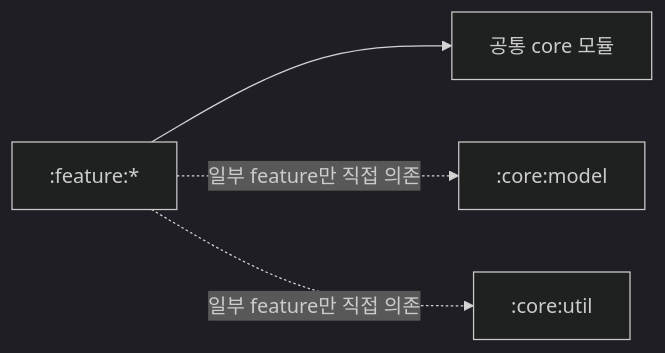
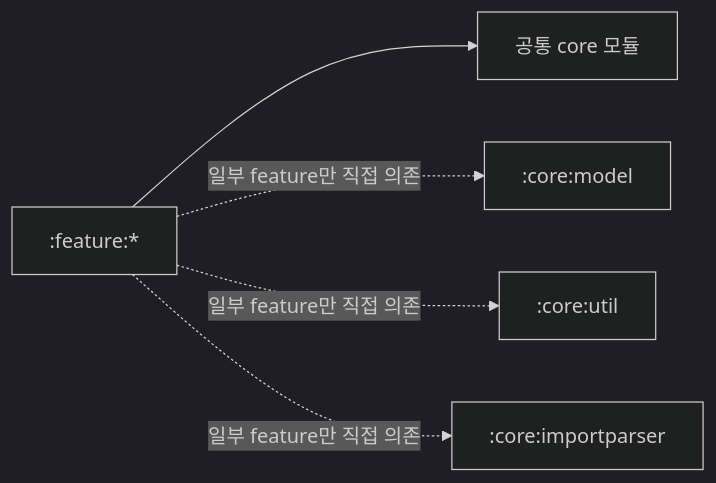
One commit to whatever-x/Caro-Mobile changed the fourth of 11 diagrams in ARCHITECTURE.md. Above: the diagram before and after it, drawn with Mermaid (dark theme). The commit also changed other lines of this file and 1 other file, not shown here.

````diff
--- a/ARCHITECTURE.md
+++ b/ARCHITECTURE.md
@@ -129,6 +132,7 @@
 ```mermaid
 flowchart LR
     feature[":feature:*"] --> common["공통 core 모듈"]
     feature -.->|일부 feature만 직접 의존| model[":core:model"]
     feature -.->|일부 feature만 직접 의존| util[":core:util"]
+    feature -.->|일부 feature만 직접 의존| importparser[":core:importparser"]
 ```
````
